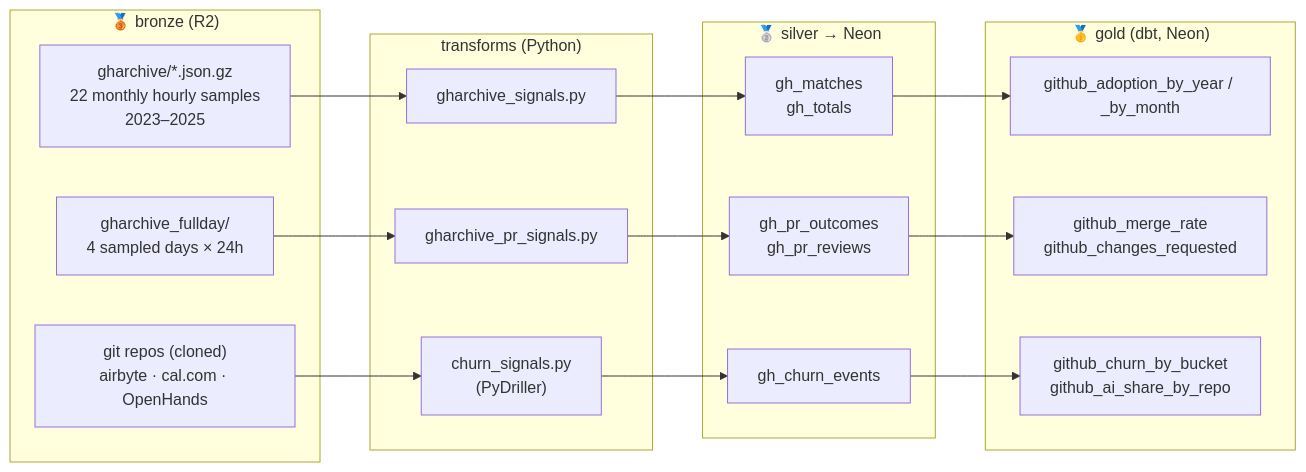
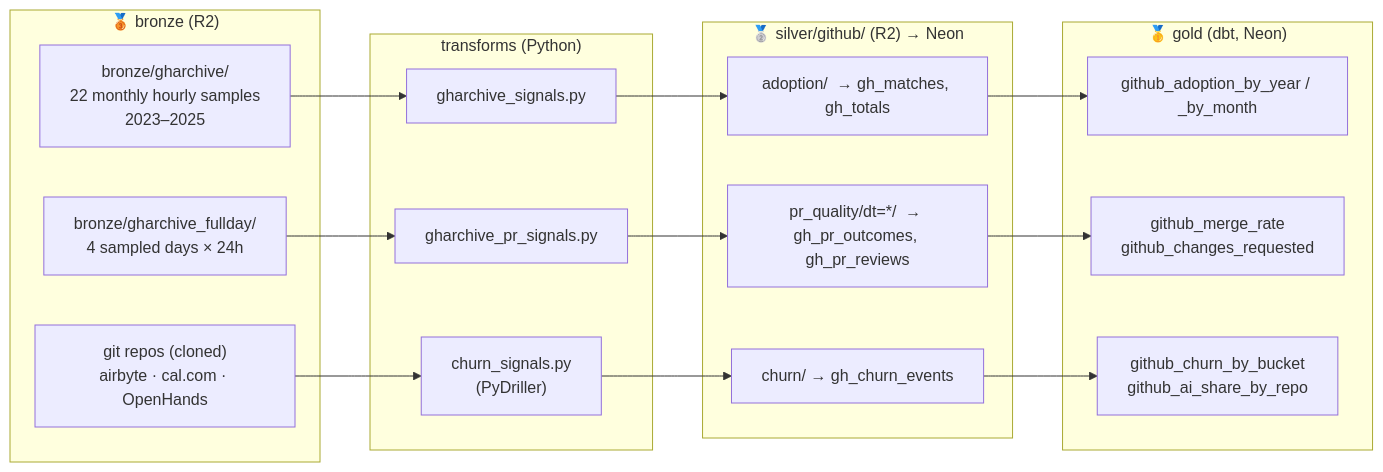
The third of 5 diagrams in pipeline_reference_cloud.md (Riadh180/data-engineering-capstone), drawn with Mermaid before and after one commit. The commit also changed other lines of this file and 4 other files, not shown here.

````diff
--- a/pipeline_reference_cloud.md
+++ b/pipeline_reference_cloud.md
@@ -54,26 +54,26 @@
 ```mermaid
 flowchart LR
     subgraph BR["🥉 bronze (R2)"]
-      GA["gharchive/*.json.gz<br/>22 monthly hourly samples<br/>2023–2025"]
-      GF["gharchive_fullday/<br/>4 sampled days × 24h"]
+      GA["bronze/gharchive/<br/>22 monthly hourly samples<br/>2023–2025"]
+      GF["bronze/gharchive_fullday/<br/>4 sampled days × 24h"]
       RP["git repos (cloned)<br/>airbyte · cal.com · OpenHands"]
     end
     subgraph TX["transforms (Python)"]
       T1["gharchive_signals.py"]
       T2["gharchive_pr_signals.py"]
       T3["churn_signals.py<br/>(PyDriller)"]
     end
-    subgraph SI["🥈 silver → Neon"]
-      S1["gh_matches<br/>gh_totals"]
-      S2["gh_pr_outcomes<br/>gh_pr_reviews"]
-      S3["gh_churn_events"]
+    subgraph SI["🥈 silver/github/ (R2) → Neon"]
+      S1["adoption/  → gh_matches, gh_totals"]
+      S2["pr_quality/dt=*/  → gh_pr_outcomes, gh_pr_reviews"]
+      S3["churn/  → gh_churn_events"]
     end
     subgraph GO["🥇 gold (dbt, Neon)"]
       G1["github_adoption_by_year / _by_month"]
       G2["github_merge_rate<br/>github_changes_requested"]
       G3["github_churn_by_bucket<br/>github_ai_share_by_repo"]
     end
     GA --> T1 --> S1 --> G1
     GF --> T2 --> S2 --> G2
     RP --> T3 --> S3 --> G3
 ```
````
